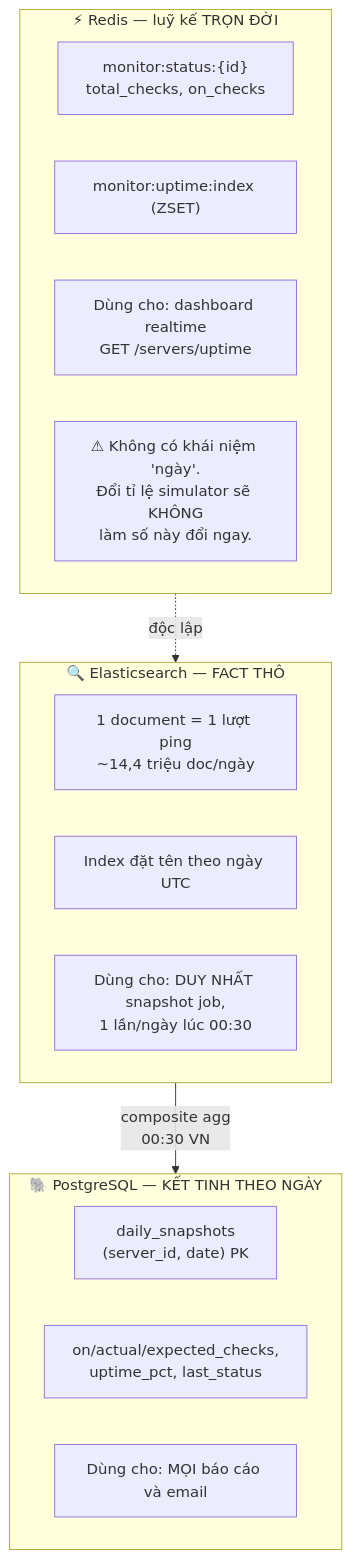
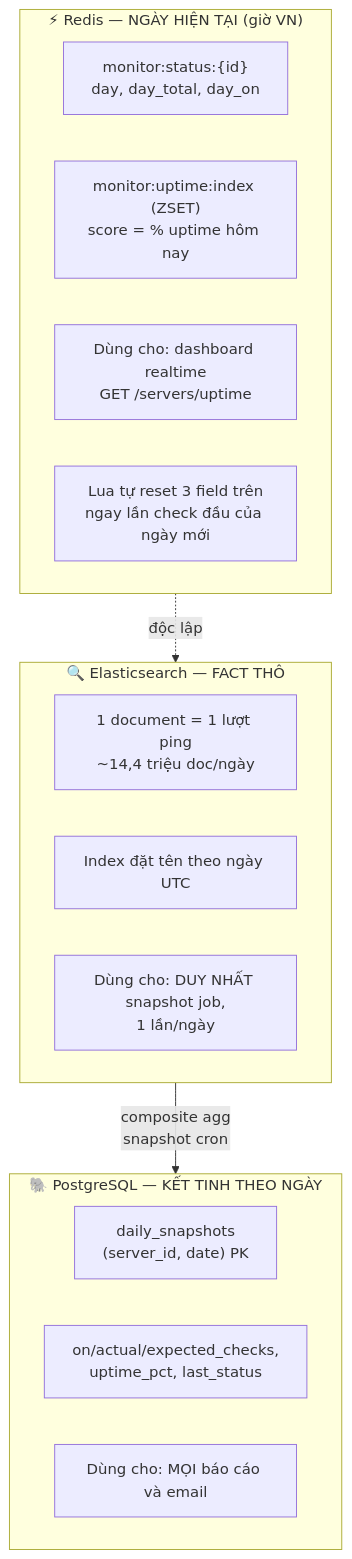
The fourth of 5 diagrams in .claude/diagrams/architecture-diagram.md (dwchwang/sms_microservice), drawn with Mermaid before and after one commit. The commit also changed other lines of this file and 24 other files, not shown here.

````diff
--- a/.claude/diagrams/architecture-diagram.md
+++ b/.claude/diagrams/architecture-diagram.md
@@ -92,24 +98,24 @@
 ```mermaid
 graph TB
-    subgraph L1["⚡ Redis — luỹ kế TRỌN ĐỜI"]
-        A1["monitor:status:{id}<br/>total_checks, on_checks"]
-        A2["monitor:uptime:index (ZSET)"]
+    subgraph L1["⚡ Redis — NGÀY HIỆN TẠI (giờ VN)"]
+        A1["monitor:status:{id}<br/>day, day_total, day_on"]
+        A2["monitor:uptime:index (ZSET)<br/>score = % uptime hôm nay"]
         A3["Dùng cho: dashboard realtime<br/>GET /servers/uptime"]
-        A4["⚠ Không có khái niệm 'ngày'.<br/>Đổi tỉ lệ simulator sẽ KHÔNG<br/>làm số này đổi ngay."]
+        A4["Lua tự reset 3 field trên<br/>ngay lần check đầu của ngày mới"]
     end
 
     subgraph L2["🔍 Elasticsearch — FACT THÔ"]
         B1["1 document = 1 lượt ping<br/>~14,4 triệu doc/ngày"]
         B2["Index đặt tên theo ngày UTC"]
-        B3["Dùng cho: DUY NHẤT snapshot job,<br/>1 lần/ngày lúc 00:30"]
+        B3["Dùng cho: DUY NHẤT snapshot job,<br/>1 lần/ngày"]
     end
 
     subgraph L3["🐘 PostgreSQL — KẾT TINH THEO NGÀY"]
         C1["daily_snapshots<br/>(server_id, date) PK"]
         C2["on/actual/expected_checks,<br/>uptime_pct, last_status"]
         C3["Dùng cho: MỌI báo cáo và email"]
     end
 
     L1 -.->|"độc lập"| L2
-    L2 -->|"composite agg<br/>00:30 VN"| L3
+    L2 -->|"composite agg<br/>snapshot cron"| L3
 ```
````
